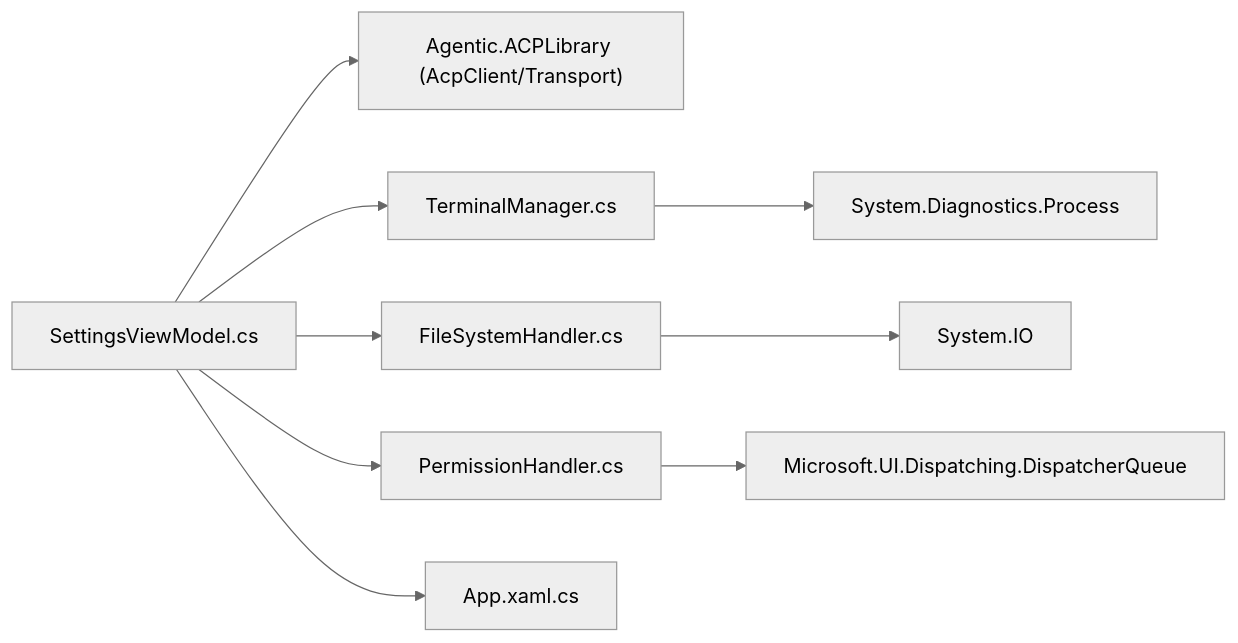
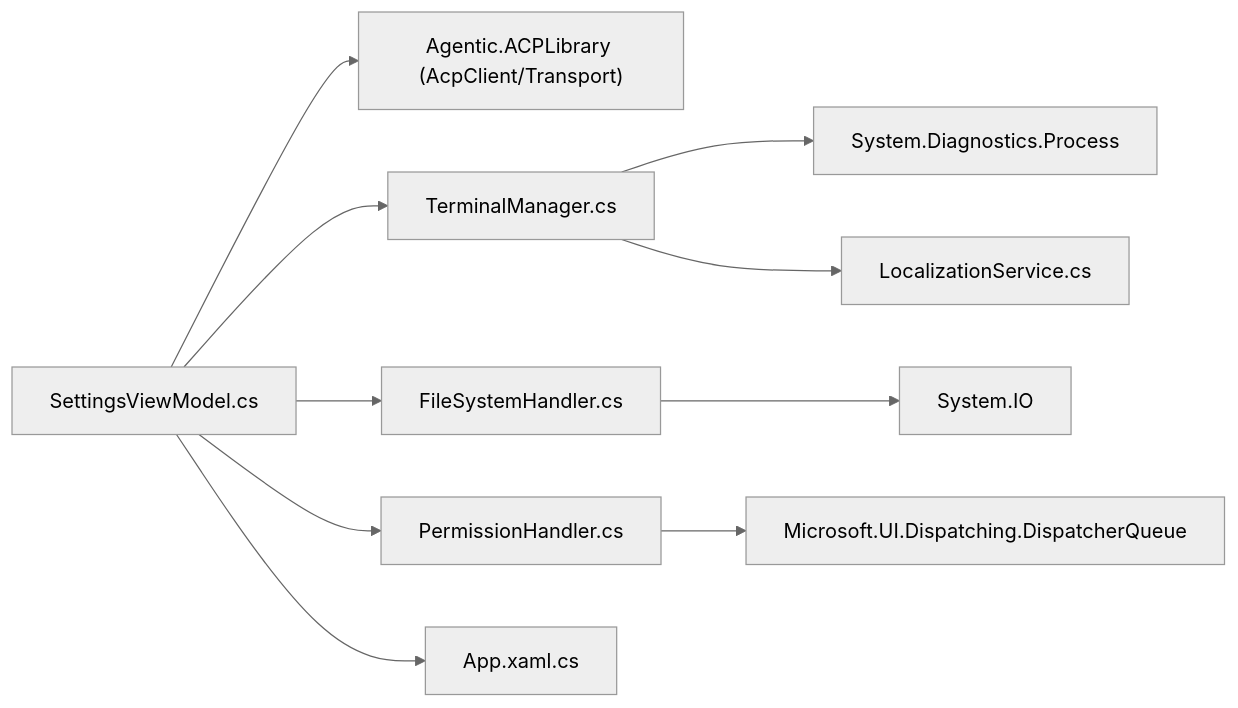
The fifth of 5 diagrams in .qoder/repowiki/zh/content/终端管理.md (AgenticDesktop/App), drawn with Mermaid (neutral theme) before and after one commit. The commit also changed other lines of this file and 108 other files, not shown here.

````diff
--- a/.qoder/repowiki/zh/content/终端管理.md
+++ b/.qoder/repowiki/zh/content/终端管理.md
@@ -221,11 +260,12 @@
 ```mermaid
 graph LR
 SVM["SettingsViewModel.cs"] --> ACPLib["Agentic.ACPLibrary (AcpClient/Transport)"]
 SVM --> TM["TerminalManager.cs"]
 SVM --> FSH["FileSystemHandler.cs"]
 SVM --> PH["PermissionHandler.cs"]
 SVM --> APP["App.xaml.cs"]
 TM --> Proc["System.Diagnostics.Process"]
+TM --> LS["LocalizationService.cs"]
 FSH --> IO["System.IO"]
 PH --> UIQ["Microsoft.UI.Dispatching.DispatcherQueue"]
 ```
````
